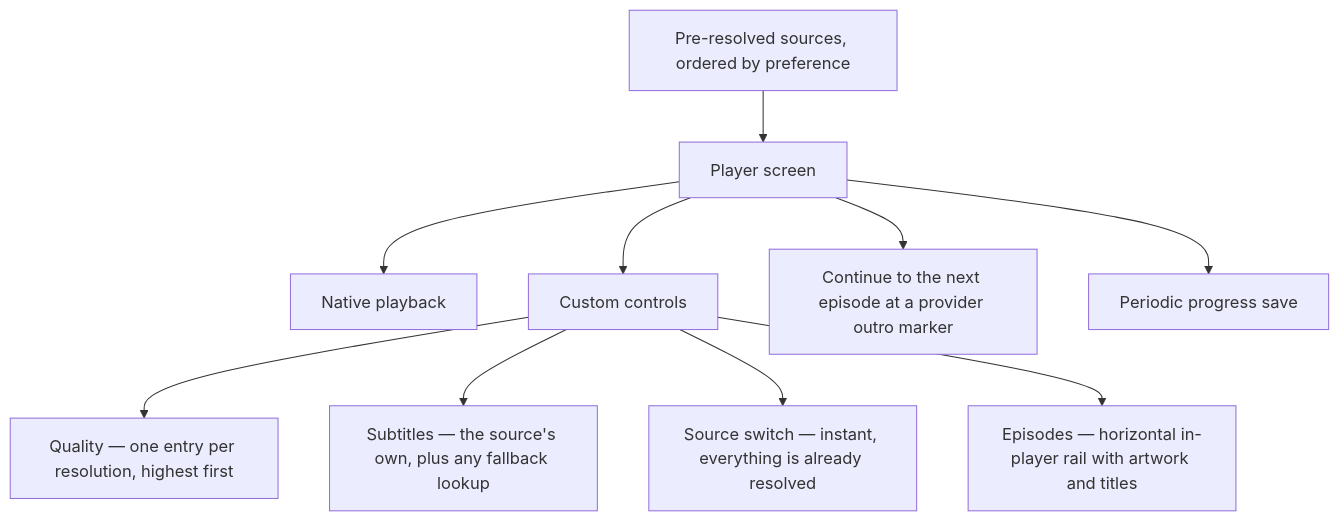
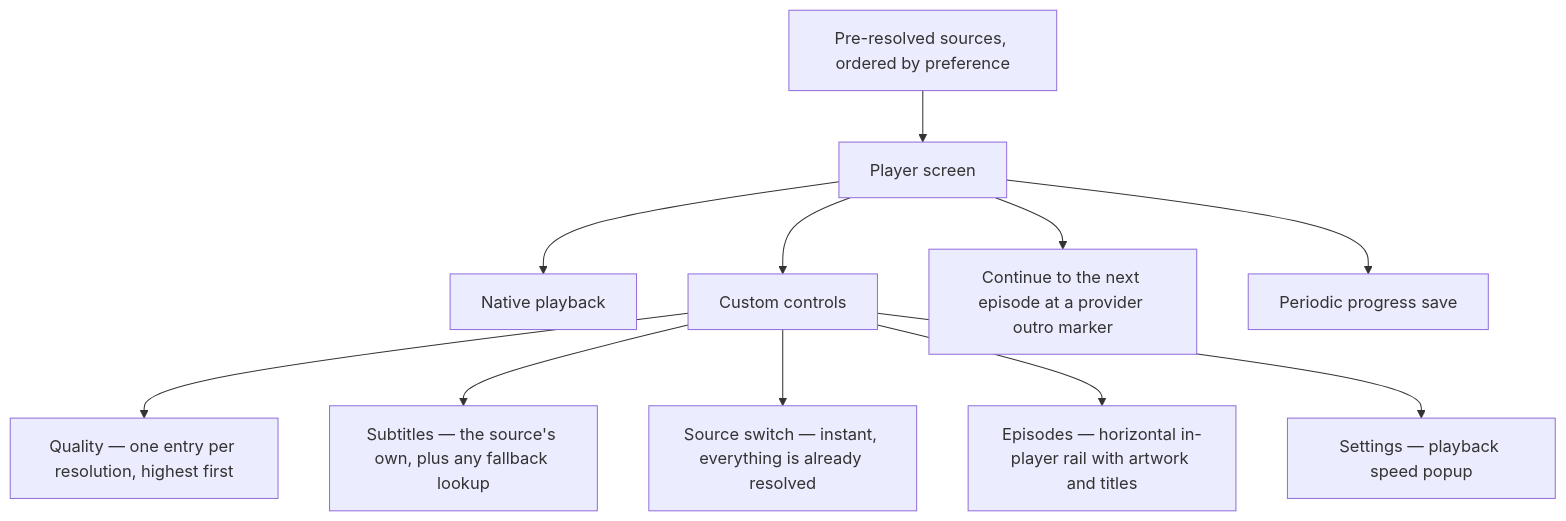
Before and after one commit to nimbusfvck/fvcksubs: the sixth of 6 diagrams in docs/06-app-layer.md, drawn with Mermaid. The commit also changed other lines of this file and 10 other files, not shown here.

Commit message:
feat(player): add playback speed settings

````diff
--- a/docs/06-app-layer.md
+++ b/docs/06-app-layer.md
@@ -241,12 +241,13 @@
 ```mermaid
 flowchart TB
     PRE["Pre-resolved sources, ordered by preference"] --> PP["Player screen"]
     PP --> NAT["Native playback"]
     PP --> CTL["Custom controls"]
     CTL --> Q["Quality — one entry per resolution, highest first"]
     CTL --> SUB["Subtitles — the source's own, plus any fallback lookup"]
     CTL --> SRC["Source switch — instant, everything is already resolved"]
     CTL --> EP["Episodes — horizontal in-player rail with artwork and titles"]
+    CTL --> SET["Settings — playback speed popup"]
     PP --> NEXT["Continue to the next episode at a provider outro marker"]
     PP --> SAVE["Periodic progress save"]
 ```
````
